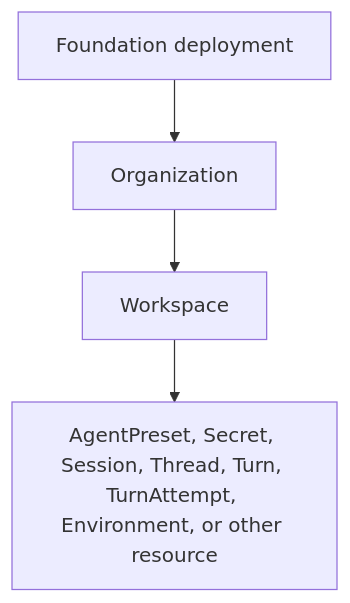
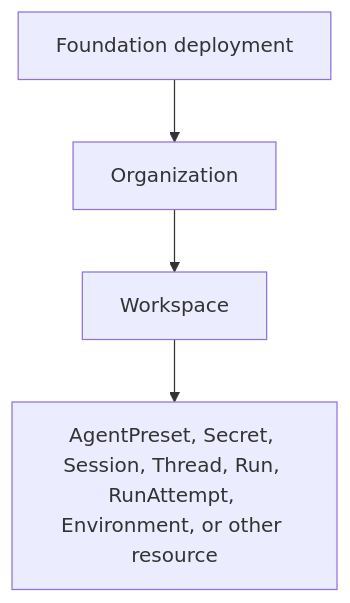
Before and after one commit to LTThreeComma/agent-foundation: the diagram in spec/foundation-service/10-identity-and-access-management.md, drawn with Mermaid. The commit also changed other lines of this file and 50 other files, not shown here.

````diff
--- a/spec/foundation-service/10-identity-and-access-management.md
+++ b/spec/foundation-service/10-identity-and-access-management.md
@@ -24,9 +24,9 @@
 ```mermaid
 flowchart TB
     Deployment[Foundation deployment]
     Organization[Organization]
     Workspace[Workspace]
-    Resource[AgentPreset, Secret, Session, Thread, Turn, TurnAttempt, Environment, or other resource]
+    Resource[AgentPreset, Secret, Session, Thread, Run, RunAttempt, Environment, or other resource]
 
     Deployment --> Organization --> Workspace --> Resource
 ```
````
